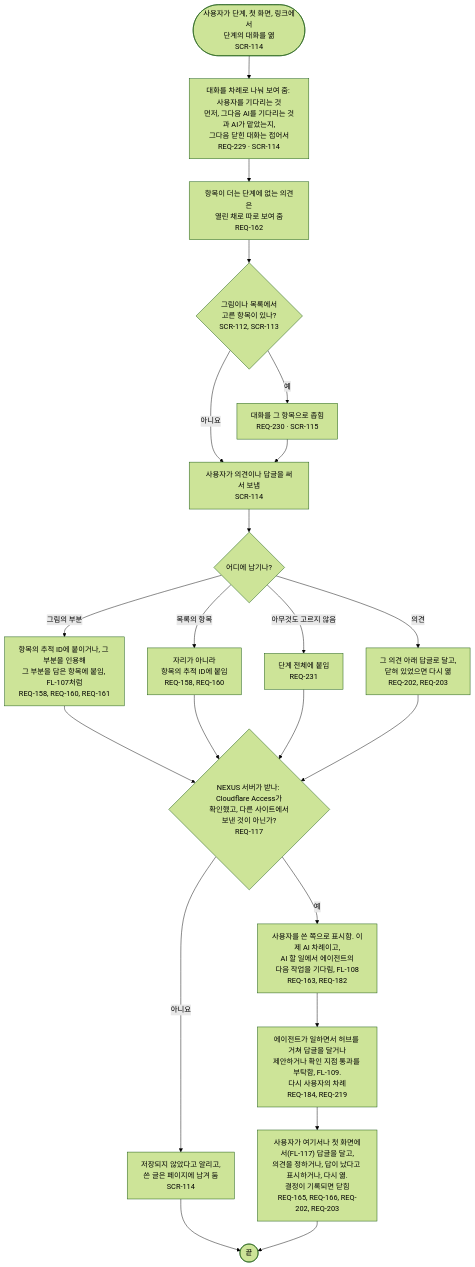
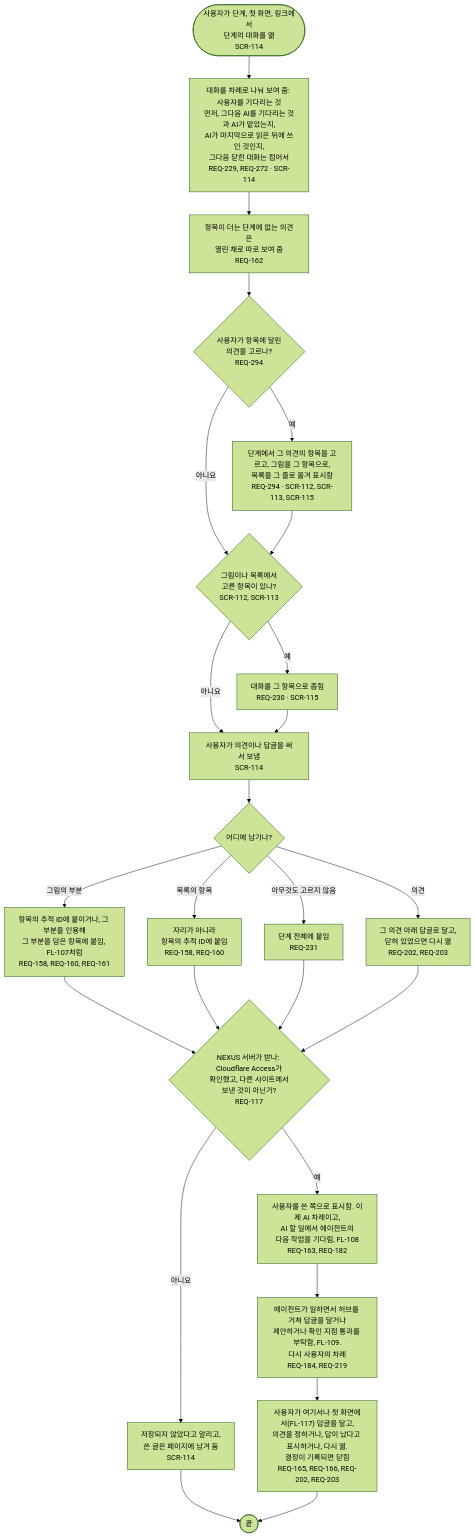
One commit to kodonghui/corthex-nexus changed the diagram in docs/03-user-flow/nexus/FL-119-talk-about-a-stage-or-an-item.ko.md. Above: the diagram before and after it, drawn with Mermaid (forest theme). The commit also changed other lines of this file and 43 other files, not shown here.

````diff
--- a/docs/03-user-flow/nexus/FL-119-talk-about-a-stage-or-an-item.ko.md
+++ b/docs/03-user-flow/nexus/FL-119-talk-about-a-stage-or-an-item.ko.md
@@ -9,24 +9,27 @@
 ```mermaid
 flowchart TD
-  A(["사용자가 단계, 첫 화면, 링크에서<br/>단계의 대화를 엶<br/>SCR-114"]) --> B["대화를 차례로 나눠 보여 줌: 사용자를 기다리는 것<br/>먼저, 그다음 AI를 기다리는 것과 AI가 맡았는지,<br/>그다음 닫힌 대화는 접어서<br/>REQ-229 · SCR-114"]
+  A(["사용자가 단계, 첫 화면, 링크에서<br/>단계의 대화를 엶<br/>SCR-114"]) --> B["대화를 차례로 나눠 보여 줌: 사용자를 기다리는 것<br/>먼저, 그다음 AI를 기다리는 것과 AI가 맡았는지,<br/>AI가 마지막으로 읽은 뒤에 쓰인 것인지,<br/>그다음 닫힌 대화는 접어서<br/>REQ-229, REQ-272 · SCR-114"]
   B --> B2["항목이 더는 단계에 없는 의견은<br/>열린 채로 따로 보여 줌<br/>REQ-162"]
-  B2 --> C{"그림이나 목록에서<br/>고른 항목이 있나?<br/>SCR-112, SCR-113"}
+  B2 --> B3{"사용자가 항목에 달린<br/>의견을 고르나?<br/>REQ-294"}
+  B3 -->|예| B4["단계에서 그 의견의 항목을 고르고, 그림을 그 항목으로,<br/>목록을 그 줄로 옮겨 표시함<br/>REQ-294 · SCR-112, SCR-113, SCR-115"]
+  B3 -->|아니요| C
+  B4 --> C{"그림이나 목록에서<br/>고른 항목이 있나?<br/>SCR-112, SCR-113"}
   C -->|예| C1["대화를 그 항목으로 좁힘<br/>REQ-230 · SCR-115"]
   C -->|아니요| D
   C1 --> D["사용자가 의견이나 답글을 써서 보냄<br/>SCR-114"]
   D --> E{"어디에 남기나?"}
   E -->|그림의 부분| E1["항목의 추적 ID에 붙이거나, 그 부분을 인용해<br/>그 부분을 담은 항목에 붙임, FL-107처럼<br/>REQ-158, REQ-160, REQ-161"]
   E -->|목록의 항목| E2["자리가 아니라<br/>항목의 추적 ID에 붙임<br/>REQ-158, REQ-160"]
   E -->|아무것도 고르지 않음| E3["단계 전체에 붙임<br/>REQ-231"]
   E -->|의견| E4["그 의견 아래 답글로 달고,<br/>닫혀 있었으면 다시 엶<br/>REQ-202, REQ-203"]
   E1 --> F
   E2 --> F
   E3 --> F
   E4 --> F{"NEXUS 서버가 받나: Cloudflare Access가<br/>확인했고, 다른 사이트에서<br/>보낸 것이 아닌가?<br/>REQ-117"}
   F -->|아니요| F1["저장되지 않았다고 알리고,<br/>쓴 글은 페이지에 남겨 둠<br/>SCR-114"]
   F1 --> Z(["끝"])
   F -->|예| G["사용자를 쓴 쪽으로 표시함. 이제 AI 차례이고,<br/>AI 할 일에서 에이전트의<br/>다음 작업을 기다림, FL-108<br/>REQ-163, REQ-182"]
   G --> H["에이전트가 일하면서 허브를 거쳐 답글을 달거나<br/>제안하거나 확인 지점 통과를 부탁함, FL-109.<br/>다시 사용자의 차례<br/>REQ-184, REQ-219"]
   H --> I["사용자가 여기서나 첫 화면에서(FL-117) 답글을 달고,<br/>의견을 정하거나, 답이 났다고 표시하거나, 다시 엶.<br/>결정이 기록되면 닫힘<br/>REQ-165, REQ-166, REQ-202, REQ-203"]
   I --> Z
 ```
````
